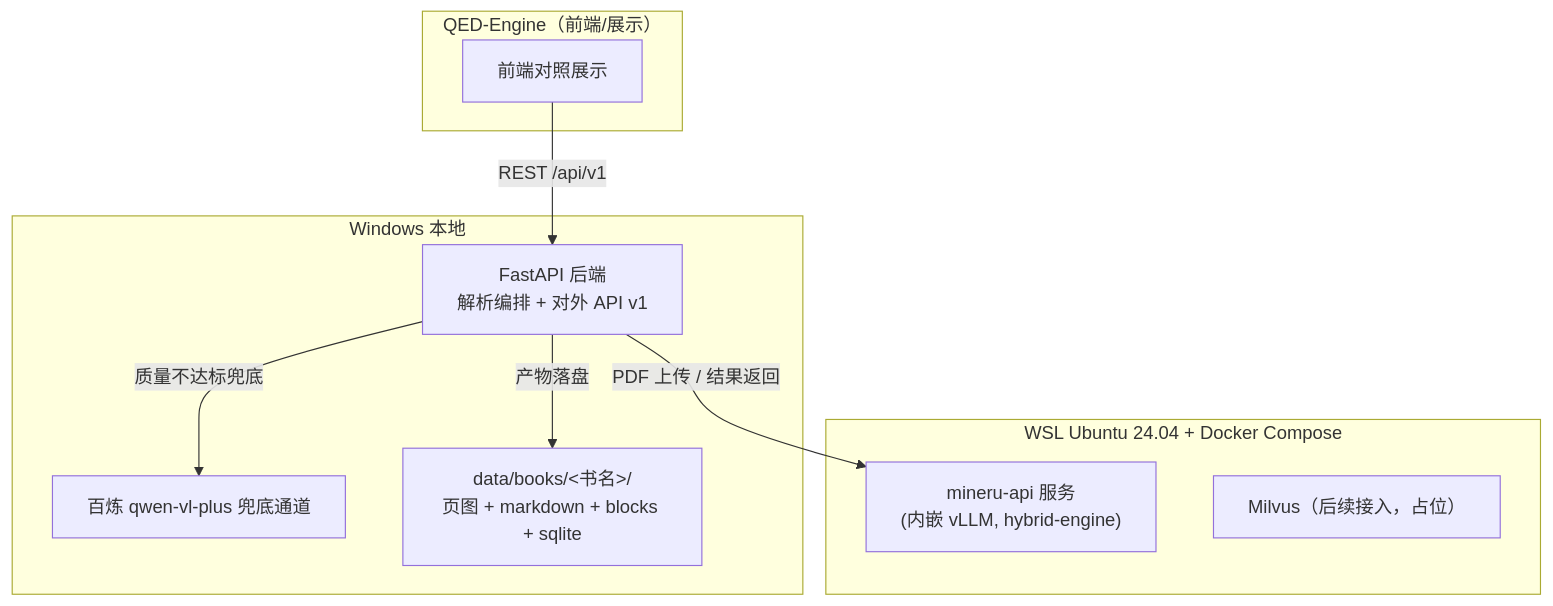
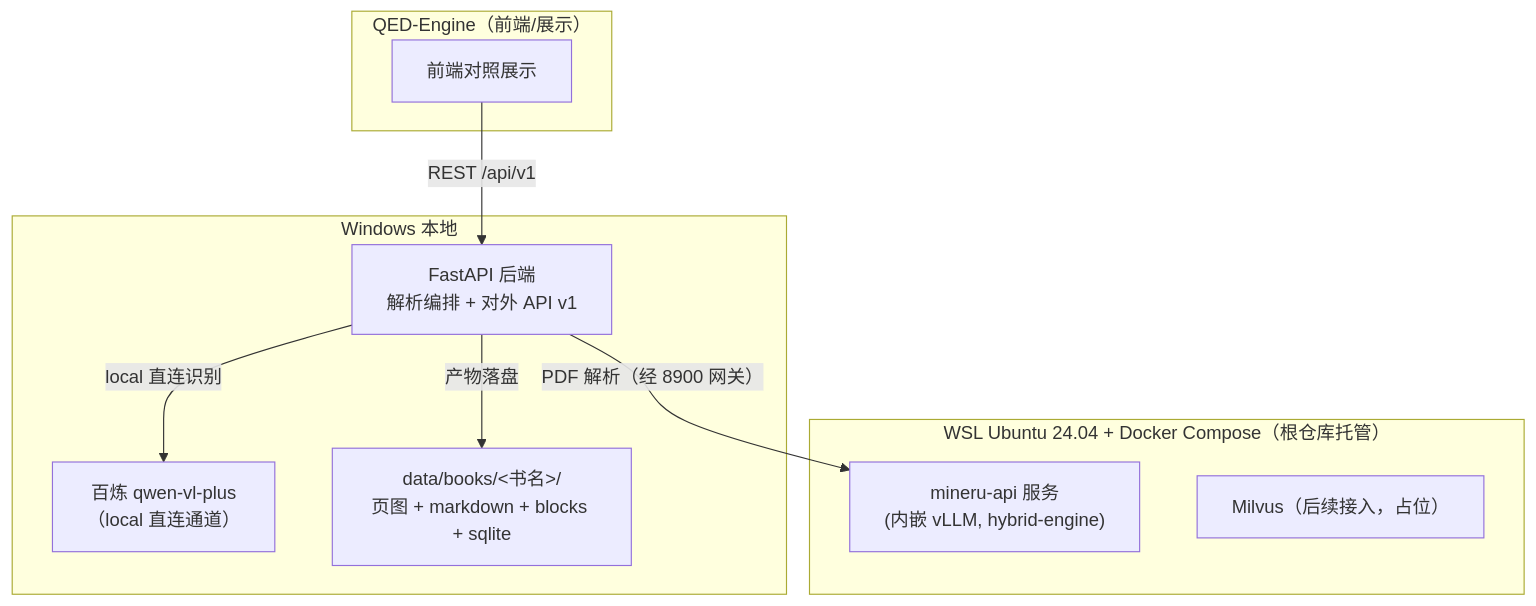
The diagram in docs/design/parsing-pipeline.md (swfswf1234/Axiom-Flow), drawn with Mermaid before and after one commit. The commit also changed other lines of this file and 41 other files, not shown here.

````diff
--- a/docs/design/parsing-pipeline.md
+++ b/docs/design/parsing-pipeline.md
@@ -36,20 +37,20 @@
 ```mermaid
 flowchart TB
     subgraph QED["QED-Engine（前端/展示）"]
         UI["前端对照展示"]
     end
     subgraph WIN["Windows 本地"]
         API["FastAPI 后端<br/>解析编排 + 对外 API v1"]
-        FALLBACK["百炼 qwen-vl-plus 兜底通道"]
+        QVL["百炼 qwen-vl-plus<br/>（local 直连通道）"]
         DATA["data/books/&lt;书名&gt;/<br/>页图 + markdown + blocks + sqlite"]
     end
-    subgraph WSL["WSL Ubuntu 24.04 + Docker Compose"]
+    subgraph WSL["WSL Ubuntu 24.04 + Docker Compose（根仓库托管）"]
         MA["mineru-api 服务<br/>(内嵌 vLLM, hybrid-engine)"]
         MV["Milvus（后续接入，占位）"]
     end
 
     UI -->|"REST /api/v1"| API
-    API -->|"PDF 上传 / 结果返回"| MA
-    API -->|"质量不达标兜底"| FALLBACK
+    API -->|"PDF 解析（经 8900 网关）"| MA
+    API -->|"local 直连识别"| QVL
     API -->|"产物落盘"| DATA
 ```
````
